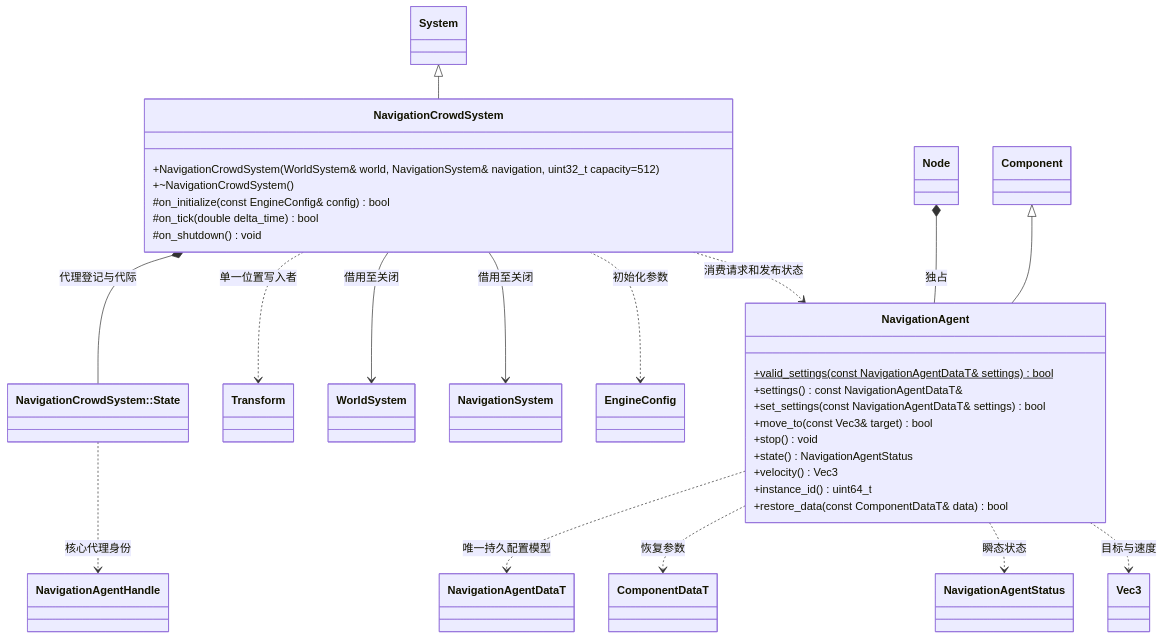
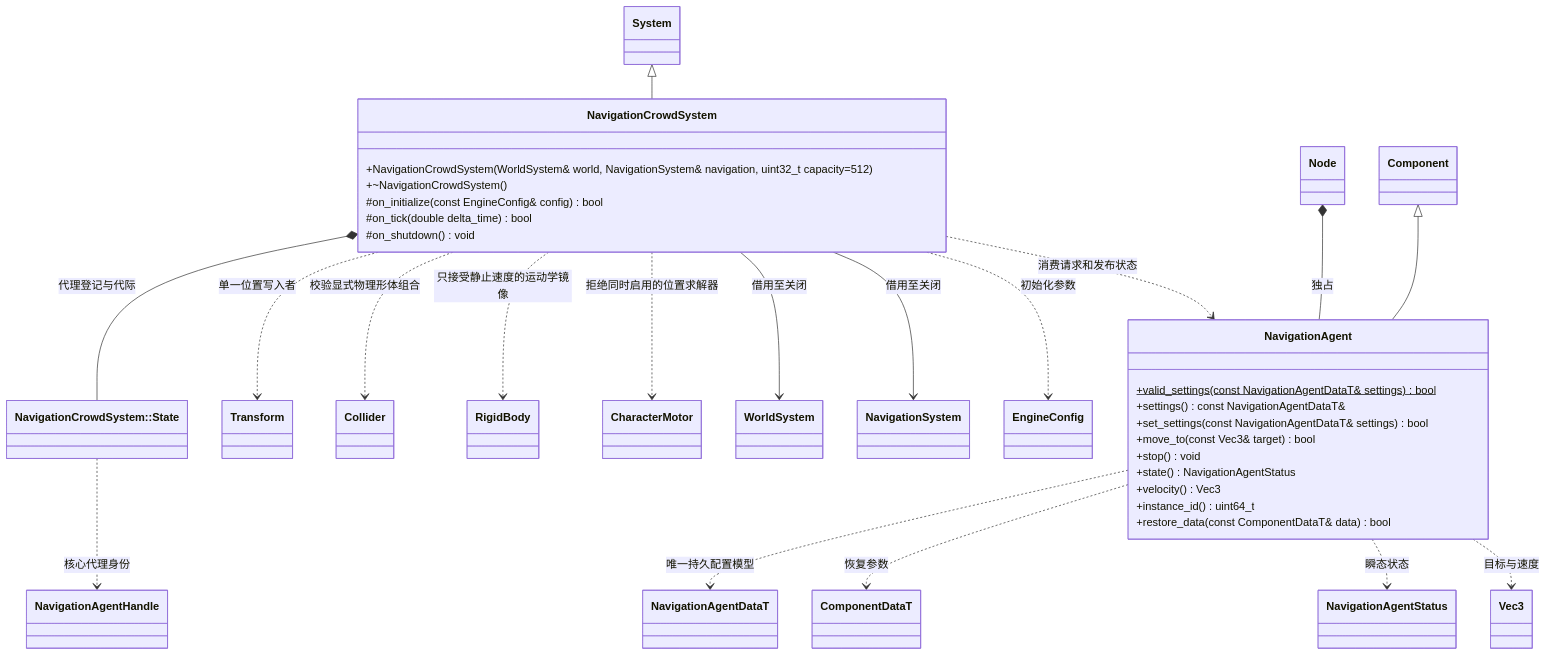
Before and after one commit to lcals/Engine: the diagram in docs/plugins/runtime/class-diagrams/navigation-crowd.md, drawn with Mermaid. The commit also changed other lines of this file and 52 other files, not shown here.

````diff
--- a/docs/plugins/runtime/class-diagrams/navigation-crowd.md
+++ b/docs/plugins/runtime/class-diagrams/navigation-crowd.md
@@ -7,48 +7,54 @@
 ```mermaid
 classDiagram
     class NavigationAgent {
         +valid_settings(const NavigationAgentDataT& settings)$ bool
         +settings() const NavigationAgentDataT&
         +set_settings(const NavigationAgentDataT& settings) bool
         +move_to(const Vec3& target) bool
         +stop() void
         +state() NavigationAgentStatus
         +velocity() Vec3
         +instance_id() uint64_t
         +restore_data(const ComponentDataT& data) bool
     }
     class NavigationCrowdSystem {
         +NavigationCrowdSystem(WorldSystem& world, NavigationSystem& navigation, uint32_t capacity=512)
         +~NavigationCrowdSystem()
         #on_initialize(const EngineConfig& config) bool
         #on_tick(double delta_time) bool
         #on_shutdown() void
     }
     class Component
     class System
     class Node
     class Transform
+    class Collider
+    class RigidBody
+    class CharacterMotor
     class WorldSystem
     class NavigationSystem
     class NavigationAgentDataT
     class ComponentDataT
     class NavigationAgentStatus
     class NavigationAgentHandle
     class Vec3
     class EngineConfig
     class CrowdState["NavigationCrowdSystem::State"]
     Component <|-- NavigationAgent
     System <|-- NavigationCrowdSystem
     Node *-- NavigationAgent : 独占
     NavigationAgent ..> NavigationAgentDataT : 唯一持久配置模型
     NavigationAgent ..> ComponentDataT : 恢复参数
     NavigationAgent ..> NavigationAgentStatus : 瞬态状态
     NavigationAgent ..> Vec3 : 目标与速度
     NavigationCrowdSystem --> WorldSystem : 借用至关闭
     NavigationCrowdSystem --> NavigationSystem : 借用至关闭
     NavigationCrowdSystem *-- CrowdState : 代理登记与代际
     CrowdState ..> NavigationAgentHandle : 核心代理身份
     NavigationCrowdSystem ..> NavigationAgent : 消费请求和发布状态
     NavigationCrowdSystem ..> Transform : 单一位置写入者
+    NavigationCrowdSystem ..> Collider : 校验显式物理形体组合
+    NavigationCrowdSystem ..> RigidBody : 只接受静止速度的运动学镜像
+    NavigationCrowdSystem ..> CharacterMotor : 拒绝同时启用的位置求解器
     NavigationCrowdSystem ..> EngineConfig : 初始化参数
 ```
````
